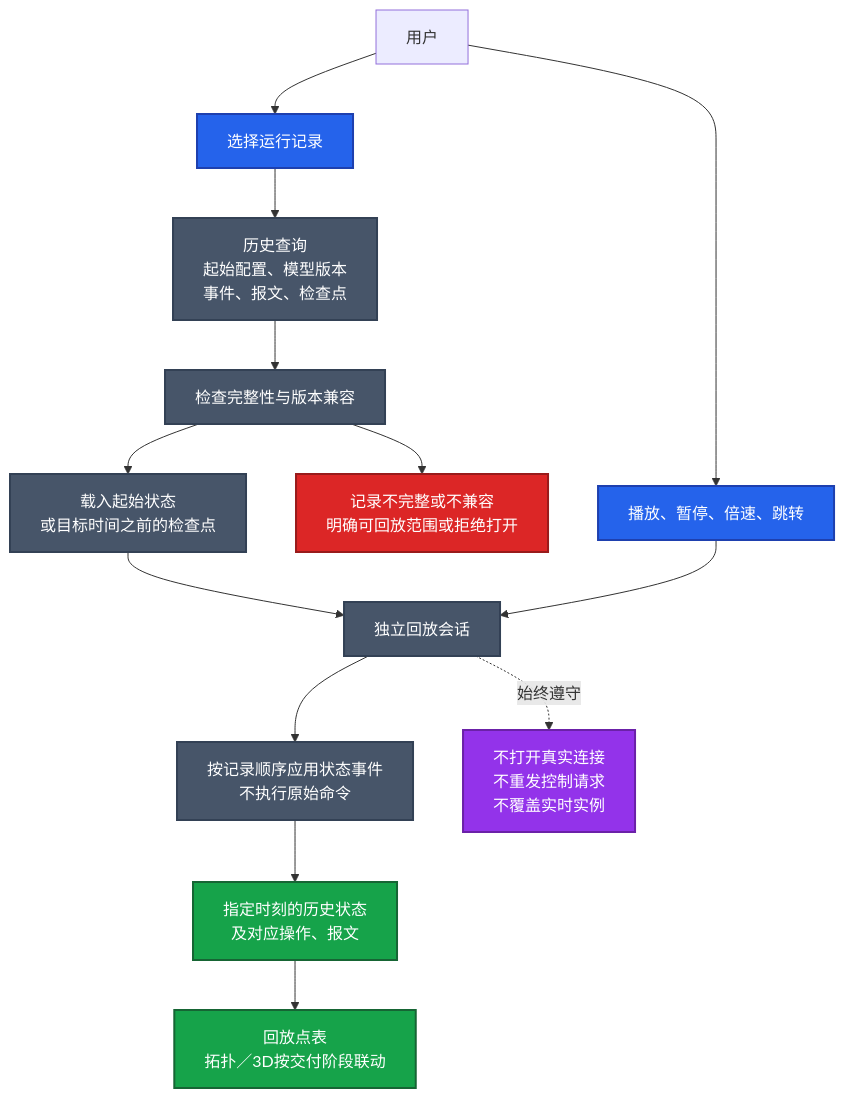
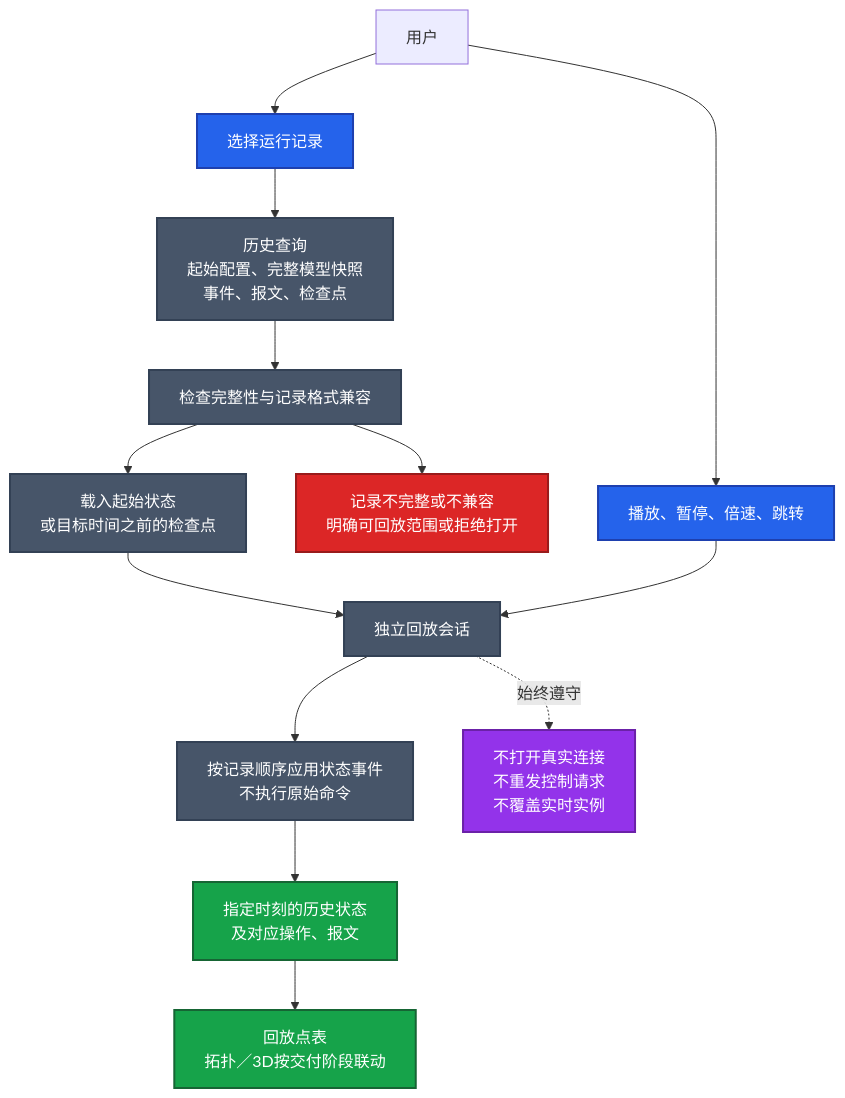
The fourth of 4 diagrams in docs/design/modbus-event-storming.md (r1005410078/essim), drawn with Mermaid before and after one commit. The commit also changed other lines of this file and 131 other files, not shown here.

````diff
--- a/docs/design/modbus-event-storming.md
+++ b/docs/design/modbus-event-storming.md
@@ -113,24 +203,24 @@
 ```mermaid
 flowchart TD
     USER["用户"] --> SELECT["选择运行记录"]:::command
-    SELECT --> HISTORY["历史查询<br/>起始配置、模型版本<br/>事件、报文、检查点"]:::component
-    HISTORY --> VALIDATE["检查完整性与版本兼容"]:::component
+    SELECT --> HISTORY["历史查询<br/>起始配置、完整模型快照<br/>事件、报文、检查点"]:::component
+    HISTORY --> VALIDATE["检查完整性与记录格式兼容"]:::component
 
     VALIDATE --> LOAD["载入起始状态<br/>或目标时间之前的检查点"]:::component
     VALIDATE --> WARN["记录不完整或不兼容<br/>明确可回放范围或拒绝打开"]:::failure
 
     LOAD --> REPLAY["独立回放会话"]:::component
     USER --> CONTROL["播放、暂停、倍速、跳转"]:::command
     CONTROL --> REPLAY
     REPLAY --> APPLY["按记录顺序应用状态事件<br/>不执行原始命令"]:::component
     APPLY --> STATE["指定时刻的历史状态<br/>及对应操作、报文"]:::view
     STATE --> UI["回放点表<br/>拓扑／3D按交付阶段联动"]:::view
 
     REPLAY -.始终遵守.-> RULE["不打开真实连接<br/>不重发控制请求<br/>不覆盖实时实例"]:::policy
 
     classDef command fill:#2563EB,stroke:#1E40AF,color:#FFFFFF,stroke-width:2px;
     classDef view fill:#16A34A,stroke:#166534,color:#FFFFFF,stroke-width:2px;
     classDef component fill:#475569,stroke:#334155,color:#FFFFFF,stroke-width:2px;
     classDef failure fill:#DC2626,stroke:#991B1B,color:#FFFFFF,stroke-width:2px;
     classDef policy fill:#9333EA,stroke:#6B21A8,color:#FFFFFF,stroke-width:2px;
 ```
````
